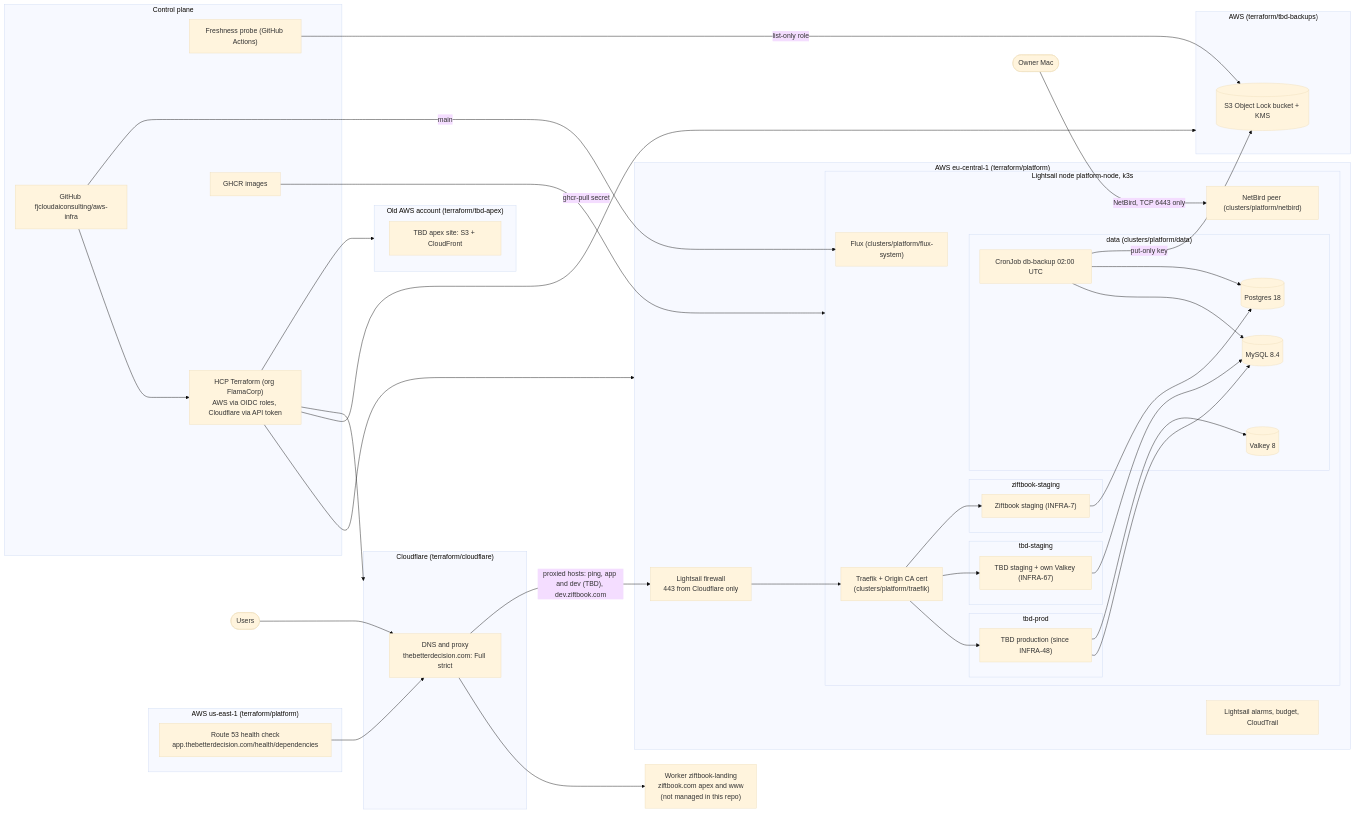
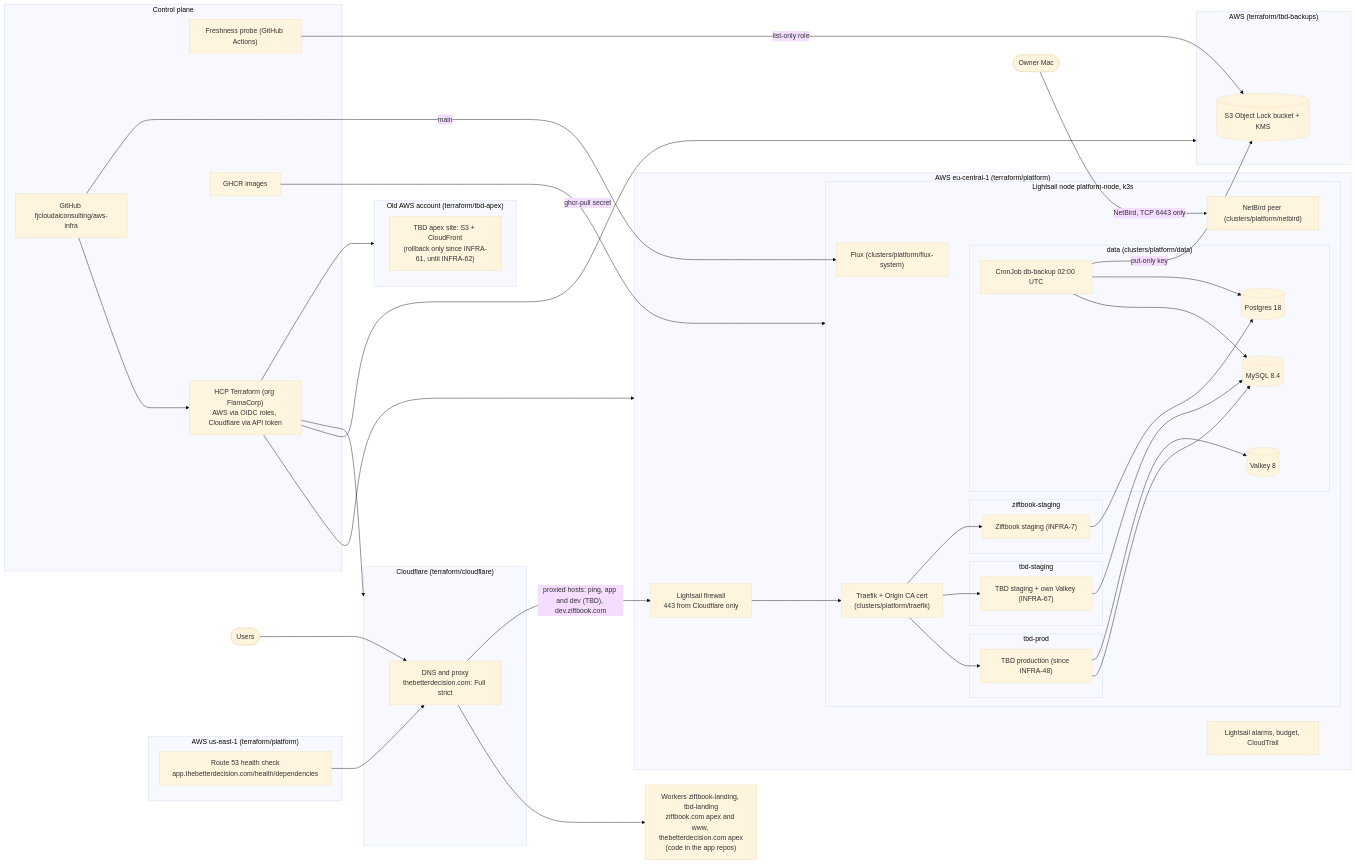
Before and after one commit to fjcloudaiconsulting/aws-infra: the diagram in docs/architecture.md, drawn with Mermaid (base theme). The commit also changed other lines of this file and 3 other files, not shown here.

First line of the commit message:
feat(cloudflare): apex on the tbd-landing Worker, www 301 by a redirect rule (INFRA-61) (#105)

````diff
--- a/docs/architecture.md
+++ b/docs/architecture.md
@@ -7,67 +7,67 @@
 ```mermaid
 flowchart LR
   user([Users]) --> cf
 
   subgraph cloudflare["Cloudflare (terraform/cloudflare)"]
     cf["DNS and proxy<br/>thebetterdecision.com: Full strict"]
   end
-  worker["Worker ziftbook-landing<br/>ziftbook.com apex and www<br/>(not managed in this repo)"]
+  worker["Workers ziftbook-landing, tbd-landing<br/>ziftbook.com apex and www, thebetterdecision.com apex<br/>(code in the app repos)"]
   cf --> worker
 
   subgraph aws_platform["AWS eu-central-1 (terraform/platform)"]
     fw["Lightsail firewall<br/>443 from Cloudflare only"]
     subgraph node["Lightsail node platform-node, k3s"]
       traefik["Traefik + Origin CA cert<br/>(clusters/platform/traefik)"]
       subgraph ns_tbd["tbd-prod"]
         tbdapp["TBD production (since INFRA-48)"]
       end
       subgraph ns_tbds["tbd-staging"]
         tbdstg["TBD staging + own Valkey (INFRA-67)"]
       end
       subgraph ns_zif["ziftbook-staging"]
         zifapp["Ziftbook staging (INFRA-7)"]
       end
       subgraph ns_data["data (clusters/platform/data)"]
         mysql[("MySQL 8.4")]
         postgres[("Postgres 18")]
         valkey[("Valkey 8")]
         backup["CronJob db-backup 02:00 UTC"]
       end
       flux["Flux (clusters/platform/flux-system)"]
       netbird["NetBird peer (clusters/platform/netbird)"]
     end
     alarms["Lightsail alarms, budget, CloudTrail"]
   end
   cf -->|"proxied hosts: ping, app and dev (TBD), dev.ziftbook.com"| fw --> traefik
   traefik --> tbdapp & tbdstg & zifapp
   tbdapp --> mysql & valkey
   tbdstg --> mysql
   zifapp --> postgres
   backup --> mysql & postgres
 
   subgraph aws_backups["AWS (terraform/tbd-backups)"]
     bucket[("S3 Object Lock bucket + KMS")]
   end
   backup -->|"put-only key"| bucket
   probe -->|"list-only role"| bucket
 
   subgraph useast["AWS us-east-1 (terraform/platform)"]
     hc["Route 53 health check<br/>app.thebetterdecision.com/health/dependencies"]
   end
   hc --> cf
 
   subgraph oldacct["Old AWS account (terraform/tbd-apex)"]
-    apex["TBD apex site: S3 + CloudFront"]
+    apex["TBD apex site: S3 + CloudFront<br/>(rollback only since INFRA-61, until INFRA-62)"]
   end
 
   subgraph control["Control plane"]
     gh["GitHub fjcloudaiconsulting/aws-infra"]
     tfc["HCP Terraform (org FlamaCorp)<br/>AWS via OIDC roles, Cloudflare via API token"]
     ghcr["GHCR images"]
     probe["Freshness probe (GitHub Actions)"]
   end
   gh --> tfc --> aws_platform & aws_backups & cloudflare & oldacct
   gh -->|"main"| flux
   ghcr -->|"ghcr-pull secret"| node
   owner([Owner Mac]) -->|"NetBird, TCP 6443 only"| netbird
 ```
````
